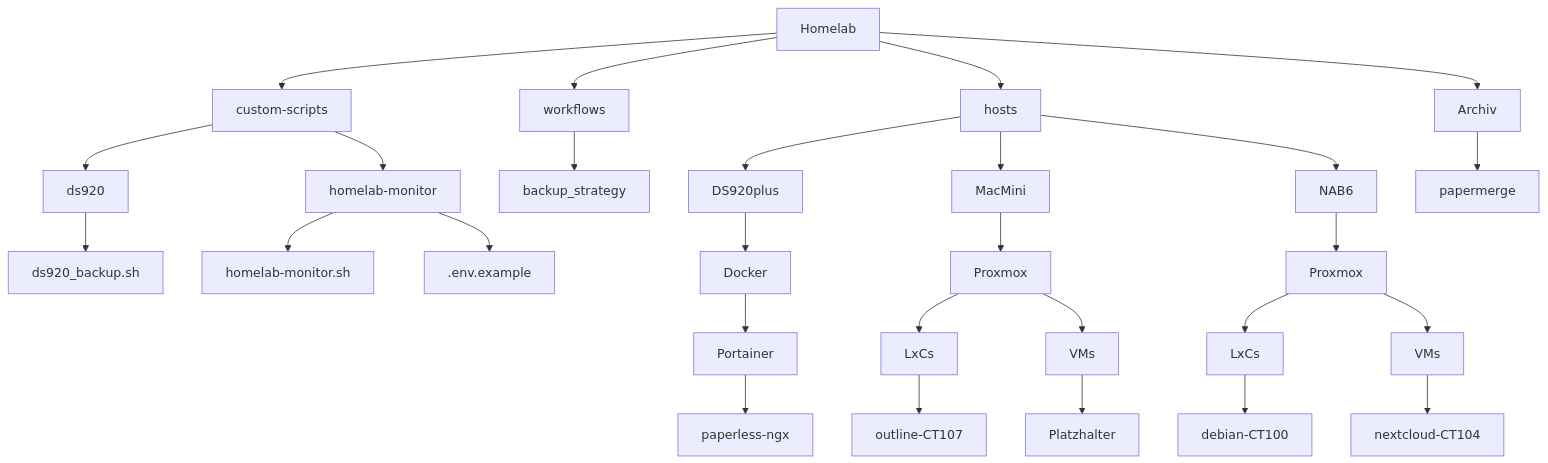
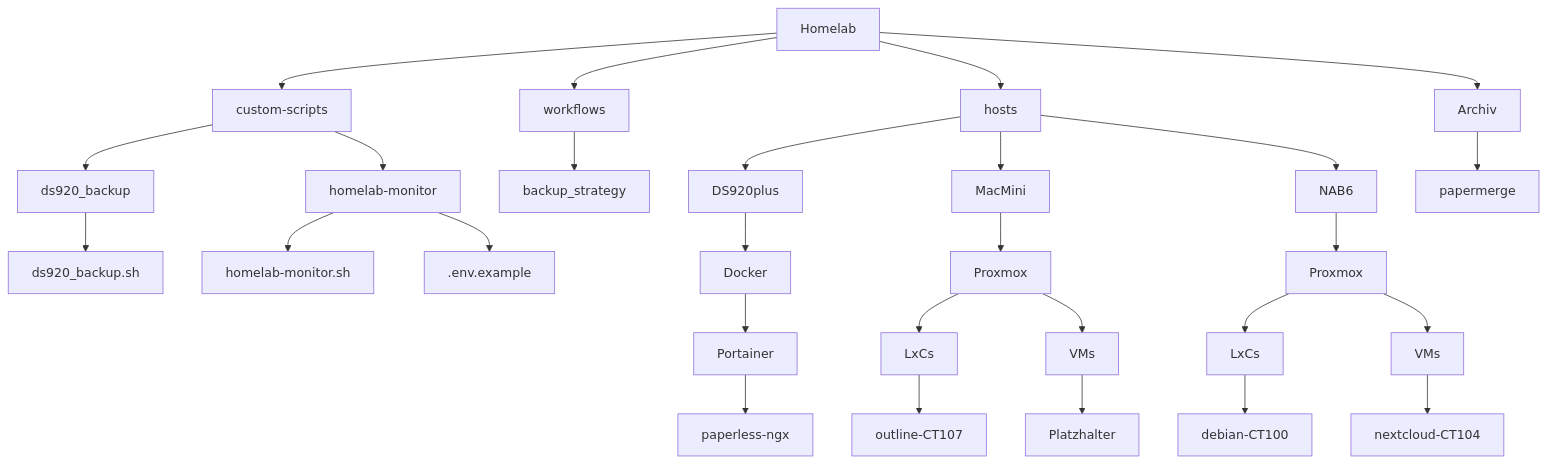
One commit to GSB-Deleven/HomeLab changed the diagram in README.md. Above: the diagram before and after it, drawn with Mermaid. The commit also changed 2 other files, not shown here.

Commit message:
update RADME

````diff
--- a/README.md
+++ b/README.md
@@ -8,35 +8,35 @@
 ```mermaid
 graph TB
     A[Homelab] --> B[custom-scripts]
-    B --> B1[ds920]
+    B --> B1[ds920_backup]
     B1 --> B1a[ds920_backup.sh]
     B --> B2[homelab-monitor]
     B2 --> B2a[homelab-monitor.sh]
     B2 --> B2b[.env.example]
 
     A --> C[workflows]
     C --> C1[backup_strategy]
 
     A --> D[hosts]
     D --> D1[DS920plus]
     D1 --> D1a[Docker]
     D1a --> D1b[Portainer]
     D1b --> D1c[paperless-ngx]
 
     D --> D2[MacMini]
     D2 --> D2a[Proxmox]
     D2a --> D2a1[LxCs]
     D2a1 --> D2a1a[outline-CT107]
     D2a --> D2a2[VMs]
     D2a2 --> D2a2a[Platzhalter]
 
     D --> D3[NAB6]
     D3 --> D3a[Proxmox]
     D3a --> D3a1[LxCs]
     D3a1 --> D3a1a[debian-CT100]
     D3a --> D3a2[VMs]
     D3a2 --> D3a2a[nextcloud-CT104]
 
     A --> E[Archiv]
     E --> E1[papermerge]
 ```
````
